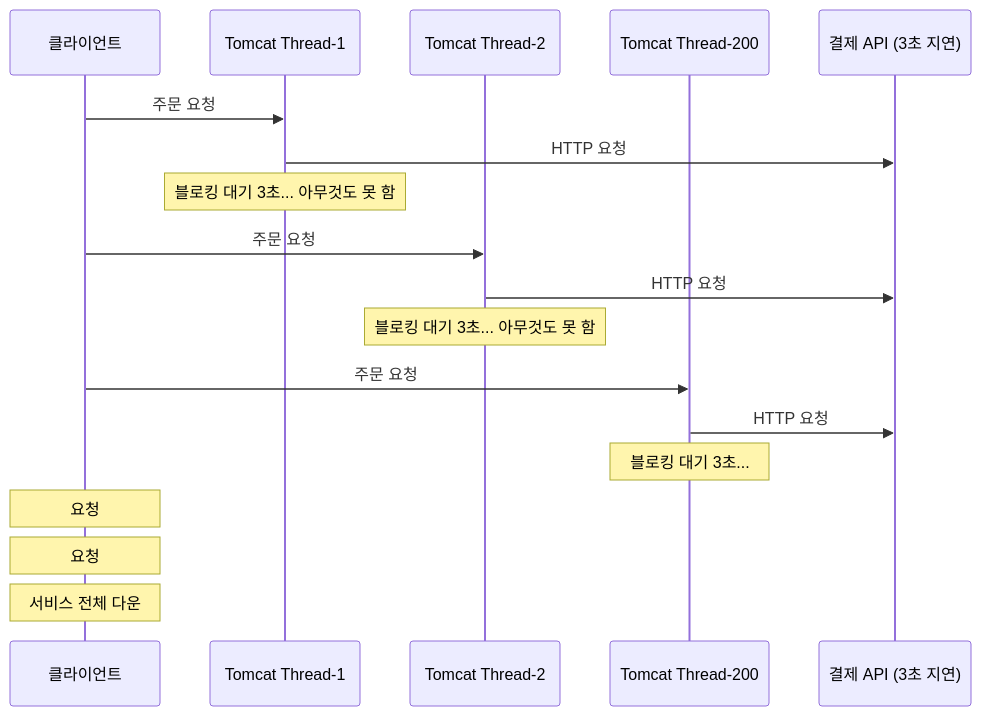
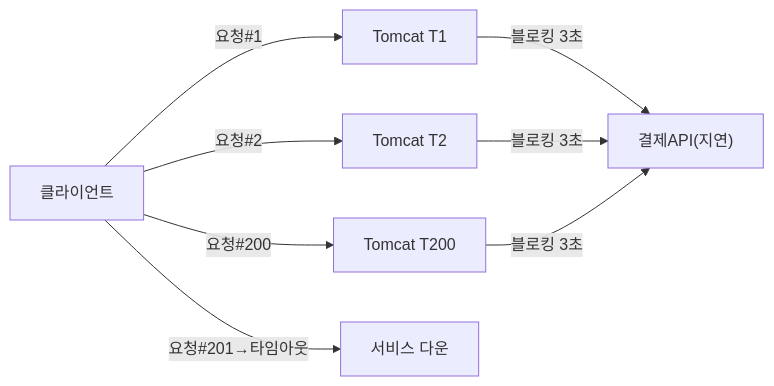
The first of 10 diagrams in _posts/spring/2026-05-12-webclient-thread-model.md (yjkim2015/yjkim2015.github.io), drawn with Mermaid before and after one commit. The commit also changed other lines of this file and 84 other files, not shown here.

First line of the commit message:
85개 포스트 Mermaid 다이어그램 규칙 일괄 수정

````diff
--- a/_posts/spring/2026-05-12-webclient-thread-model.md
+++ b/_posts/spring/2026-05-12-webclient-thread-model.md
@@ -22,24 +22,10 @@
 ```mermaid
-sequenceDiagram
-    participant C as 클라이언트
-    participant T1 as Tomcat Thread-1
-    participant T2 as Tomcat Thread-2
-    participant TN as Tomcat Thread-200
-    participant P as 결제 API (3초 지연)
-
-    C->>T1: 주문 요청 #1
-    T1->>P: HTTP 요청
-    Note over T1: 블로킹 대기 3초... 아무것도 못 함
-
-    C->>T2: 주문 요청 #2
-    T2->>P: HTTP 요청
-    Note over T2: 블로킹 대기 3초... 아무것도 못 함
-
-    C->>TN: 주문 요청 #200
-    TN->>P: HTTP 요청
-    Note over TN: 블로킹 대기 3초...
-
-    Note over C: 요청 #201 → 큐 대기 → 타임아웃
-    Note over C: 요청 #202 → 큐 대기 → 타임아웃
-    Note over C: 서비스 전체 다운
+graph LR
+    CLI["클라이언트"] -->|"요청#1"| T1["Tomcat T1"]
+    CLI -->|"요청#2"| T2["Tomcat T2"]
+    CLI -->|"요청#200"| TN["Tomcat T200"]
+    T1 -->|"블로킹 3초"| PAY["결제API(지연)"]
+    T2 -->|"블로킹 3초"| PAY
+    TN -->|"블로킹 3초"| PAY
+    CLI -->|"요청#201→타임아웃"| DOWN["서비스 다운"]
 ```
````
